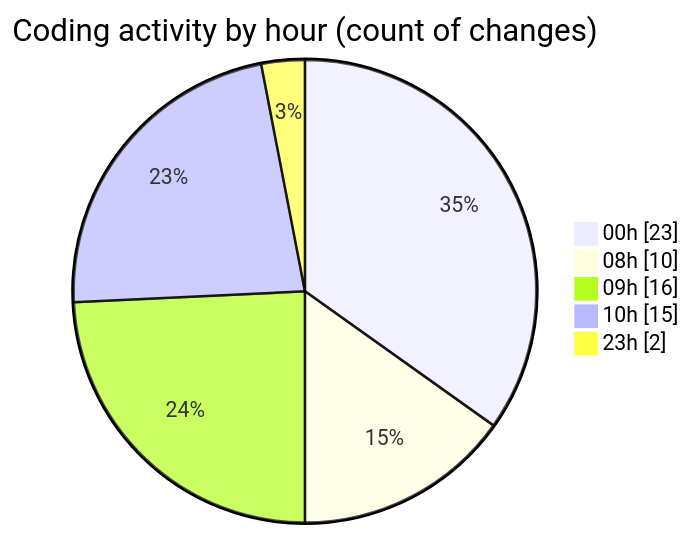
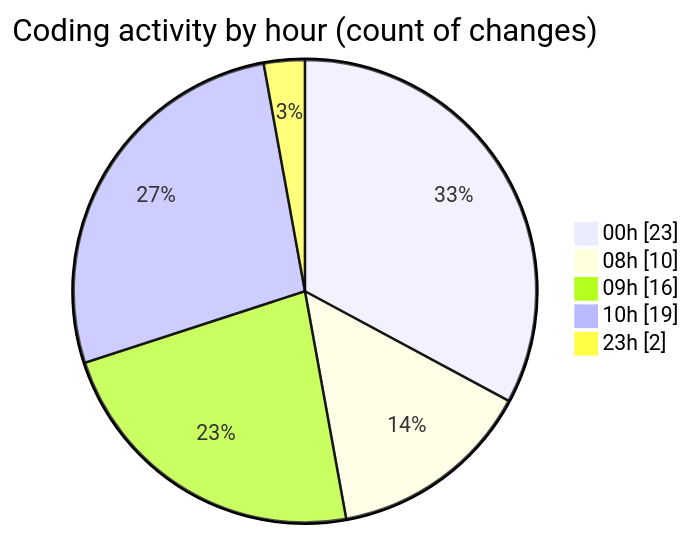
Before and after one commit to Elitesun/code-tracking: the second of 2 diagrams in 2025-05-29/advertise/README.md, drawn with Mermaid. The commit also changed other lines of this file and 1 other file, not shown here.

````diff
--- a/2025-05-29/advertise/README.md
+++ b/2025-05-29/advertise/README.md
@@ -35,9 +37,9 @@
 ```mermaid
 pie showData
 title Coding activity by hour (count of changes)
 "00h" : 23
 "08h" : 10
 "09h" : 16
-"10h" : 15
+"10h" : 19
 "23h" : 2
 ```
````
